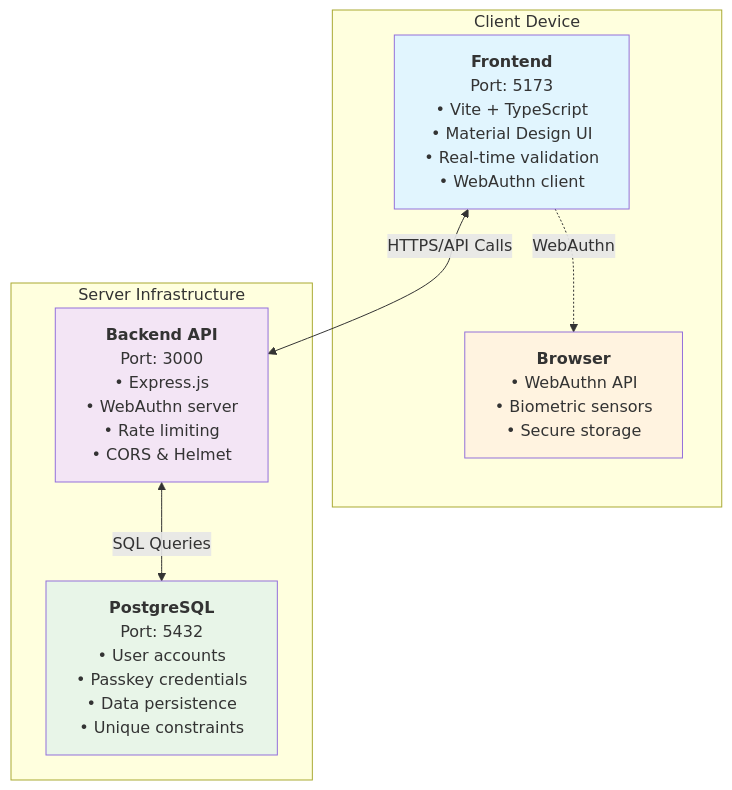
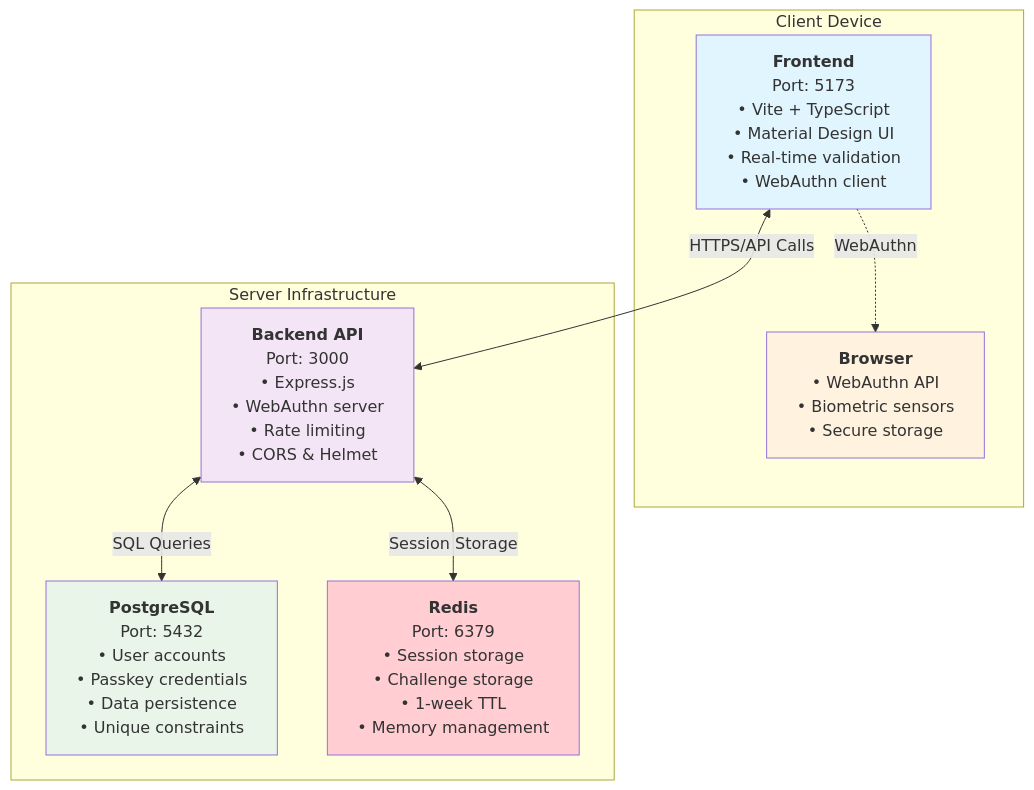
Before and after one commit to mabreyes/cssecdv-passkeys: the first of 5 diagrams in README.md, drawn with Mermaid. The commit also changed other lines of this file and 9 other files, not shown here.

````diff
--- a/README.md
+++ b/README.md
@@ -78,41 +148,50 @@
 ```mermaid
 graph TB
     subgraph "Client Device"
         Frontend["`**Frontend**
         Port: 5173
         • Vite + TypeScript
         • Material Design UI
         • Real-time validation
         • WebAuthn client`"]
 
         Browser["`**Browser**
         • WebAuthn API
         • Biometric sensors
         • Secure storage`"]
     end
 
     subgraph "Server Infrastructure"
         Backend["`**Backend API**
         Port: 3000
         • Express.js
         • WebAuthn server
         • Rate limiting
         • CORS & Helmet`"]
 
         Database["`**PostgreSQL**
         Port: 5432
         • User accounts
         • Passkey credentials
         • Data persistence
         • Unique constraints`"]
+
+        Redis["`**Redis**
+        Port: 6379
+        • Session storage
+        • Challenge storage
+        • 1-week TTL
+        • Memory management`"]
     end
 
     Frontend <-->|HTTPS/API Calls| Backend
     Backend <-->|SQL Queries| Database
+    Backend <-->|Session Storage| Redis
     Frontend -.->|WebAuthn| Browser
 
     style Frontend fill:#e1f5fe
     style Backend fill:#f3e5f5
     style Database fill:#e8f5e8
+    style Redis fill:#ffcdd2
     style Browser fill:#fff3e0
 ```
````
